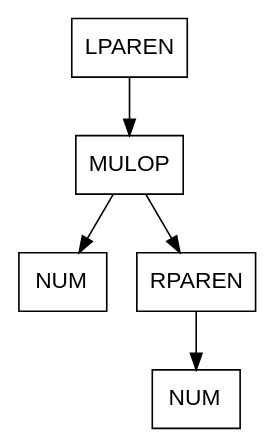
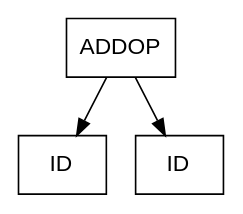
One commit to WalterIrvin/Compiler_Project changed the diagram in Typescript_Compiler/actual.dot. Above: the diagram before and after it, drawn with Graphviz. The commit also changed 5 other files, not shown here.

```diff
--- a/Typescript_Compiler/actual.dot
+++ b/Typescript_Compiler/actual.dot
@@ -1,12 +1,8 @@
 digraph d{
 node [fontname="Helvetica",shape=box];
-n0 [label=<LPAREN>];
-n1 [label=<MULOP>];
-n2 [label=<NUM>];
-n3 [label=<RPAREN>];
-n4 [label=<NUM>];
+n0 [label=<ADDOP>];
+n1 [label=<ID>];
+n2 [label=<ID>];
 n0 -> n1;
-n1 -> n2;
-n1 -> n3;
-n3 -> n4;
+n0 -> n2;
 }
```
